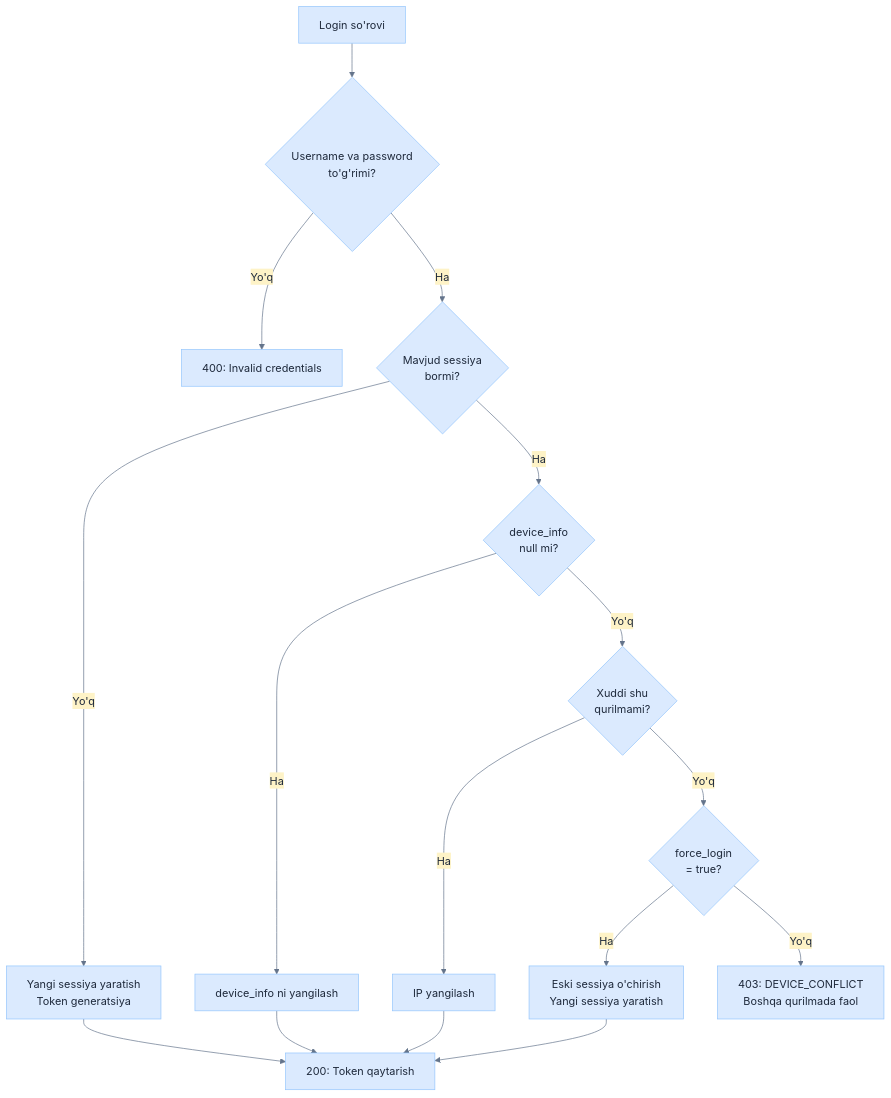
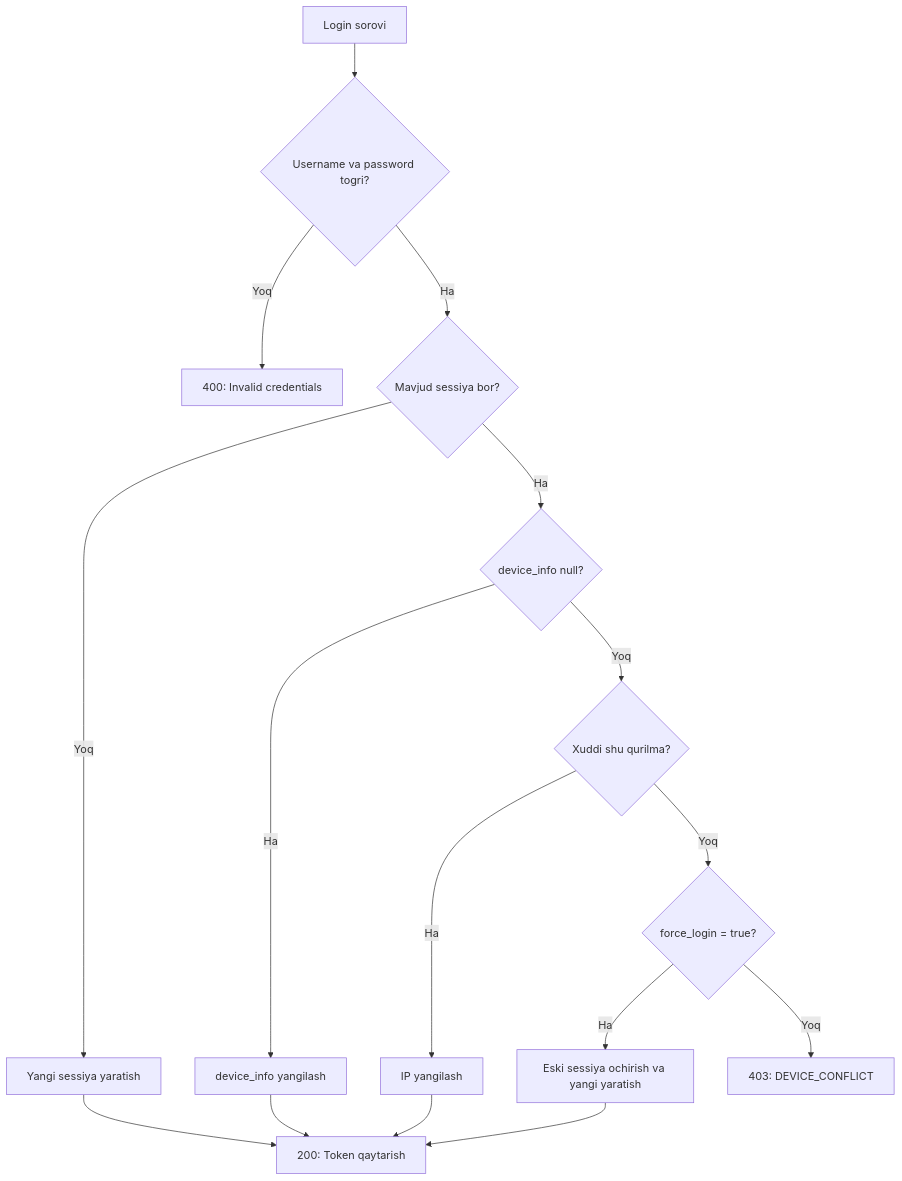
The eighth of 18 diagrams in README.md (khismoiloff/BrpAvtoTest), drawn with Mermaid before and after one commit. The commit also changed other lines of this file, not shown here.

````diff
--- a/README.md
+++ b/README.md
@@ -466,23 +459,23 @@
 ```mermaid
-%%{init: {'theme': 'base', 'themeVariables': {'background': '#ffffff', 'primaryColor': '#dbeafe', 'primaryTextColor': '#1e293b', 'primaryBorderColor': '#93c5fd', 'lineColor': '#64748b', 'secondaryColor': '#fef3c7', 'tertiaryColor': '#ede9fe', 'fontFamily': 'sans-serif'}}}%%
+%%{init: {'theme': 'default'}}%%
 flowchart TD
-    A[Login so'rovi] --> B{Username va password<br/>to'g'rimi?}
-    B -->|Yo'q| C[400: Invalid credentials]
-    B -->|Ha| D{Mavjud sessiya<br/>bormi?}
+    A[Login sorovi] --> B{Username va password togri?}
+    B -->|Yoq| C[400: Invalid credentials]
+    B -->|Ha| D{Mavjud sessiya bor?}
     
-    D -->|Yo'q| E[Yangi sessiya yaratish<br/>Token generatsiya]
+    D -->|Yoq| E[Yangi sessiya yaratish]
     E --> F[200: Token qaytarish]
     
-    D -->|Ha| G{device_info<br/>null mi?}
-    G -->|Ha| H[device_info ni yangilash]
+    D -->|Ha| G{device_info null?}
+    G -->|Ha| H[device_info yangilash]
     H --> F
     
-    G -->|Yo'q| I{Xuddi shu<br/>qurilmami?}
+    G -->|Yoq| I{Xuddi shu qurilma?}
     I -->|Ha| J[IP yangilash]
     J --> F
     
-    I -->|Yo'q| K{force_login<br/>= true?}
-    K -->|Ha| L[Eski sessiya o'chirish<br/>Yangi sessiya yaratish]
+    I -->|Yoq| K{force_login = true?}
+    K -->|Ha| L[Eski sessiya ochirish va yangi yaratish]
     L --> F
-    K -->|Yo'q| M[403: DEVICE_CONFLICT<br/>Boshqa qurilmada faol]
+    K -->|Yoq| M[403: DEVICE_CONFLICT]
 ```
````
